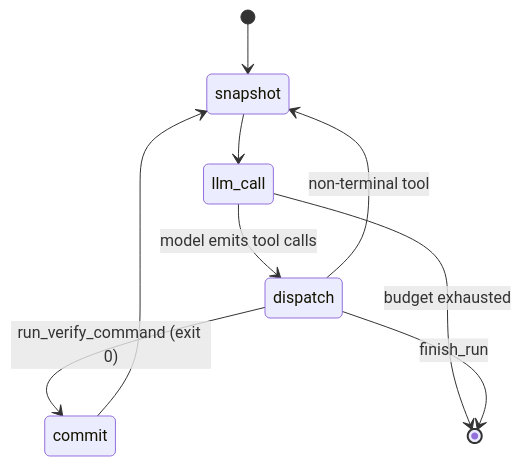
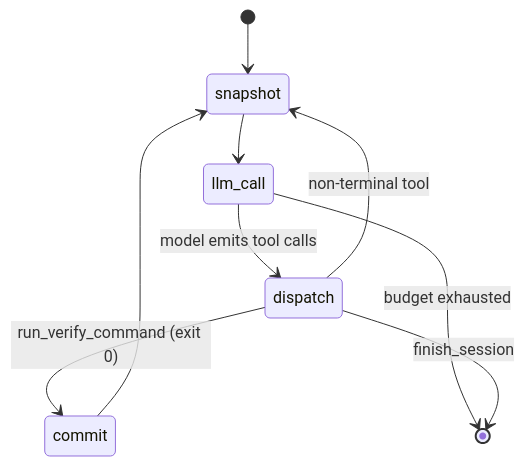
The first of 4 diagrams in docs/architecture.md (agent6-dev/agent6), drawn with Mermaid before and after one commit. The commit also changed other lines of this file and 125 other files, not shown here.

First line of the commit message:
refactor(tools): the terminal tool is finish_session

````diff
--- a/docs/architecture.md
+++ b/docs/architecture.md
@@ -68,11 +68,11 @@
 ```mermaid
 stateDiagram-v2
     [*] --> snapshot
     snapshot --> llm_call
     llm_call --> dispatch: model emits tool calls
     llm_call --> [*]: budget exhausted
     dispatch --> snapshot: non-terminal tool
     dispatch --> commit: run_verify_command (exit 0)
     commit --> snapshot
-    dispatch --> [*]: finish_run
+    dispatch --> [*]: finish_session
 ```
````
